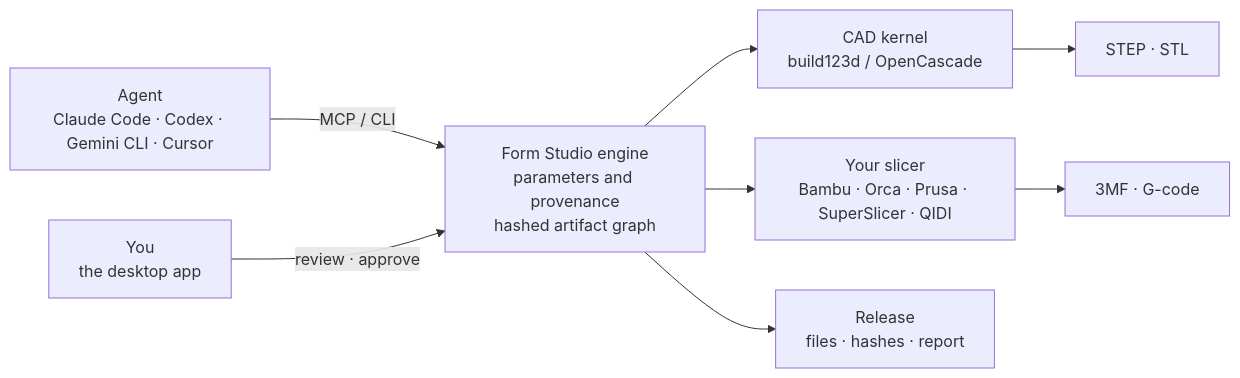
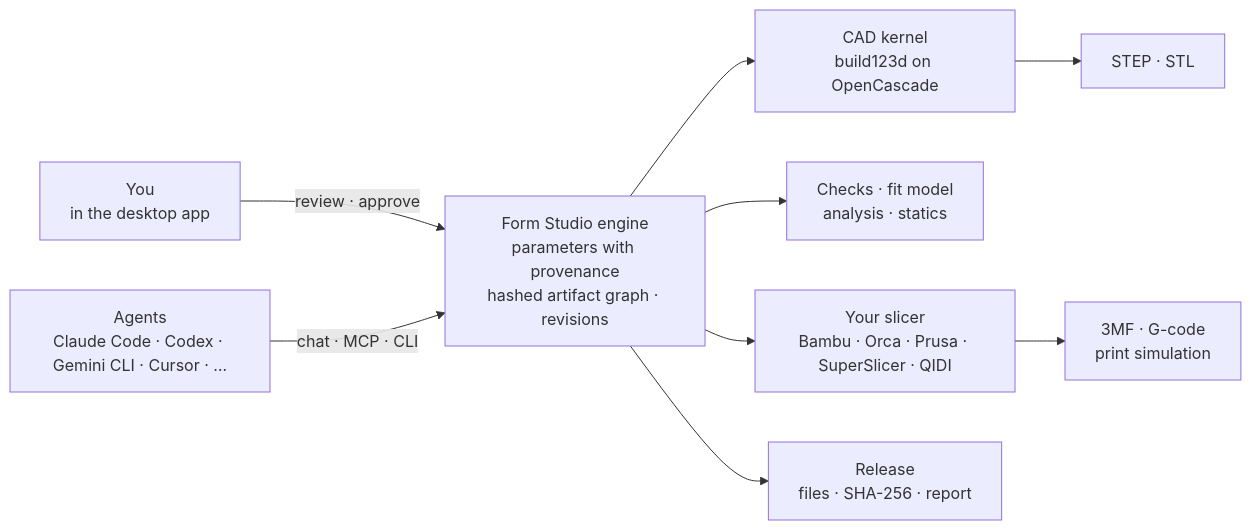
Before and after one commit to kaizensx/form-studio: the diagram in README.md, drawn with Mermaid. The commit also changed other lines of this file, not shown here.

First line of the commit message:
README: what Form Studio does, shown with the app itself

````diff
--- a/README.md
+++ b/README.md
@@ -128,10 +199,11 @@
 ```mermaid
 flowchart LR
-  A["Agent<br/>Claude Code · Codex · Gemini CLI · Cursor"] -- MCP / CLI --> S
-  U["You<br/>the desktop app"] -- review · approve --> S
-  S["Form Studio engine<br/>parameters and provenance<br/>hashed artifact graph"] --> K["CAD kernel<br/>build123d / OpenCascade"]
+  U["You<br/>in the desktop app"] -- review · approve --> S
+  A["Agents<br/>Claude Code · Codex · Gemini CLI · Cursor · …"] -- chat · MCP · CLI --> S
+  S["Form Studio engine<br/>parameters with provenance<br/>hashed artifact graph · revisions"] --> K["CAD kernel<br/>build123d on OpenCascade"]
+  S --> C["Checks · fit model<br/>analysis · statics"]
   S --> L["Your slicer<br/>Bambu · Orca · Prusa · SuperSlicer · QIDI"]
   K --> O["STEP · STL"]
-  L --> G["3MF · G-code"]
-  S --> R["Release<br/>files · hashes · report"]
+  L --> G["3MF · G-code<br/>print simulation"]
+  S --> R["Release<br/>files · SHA-256 · report"]
 ```
````
